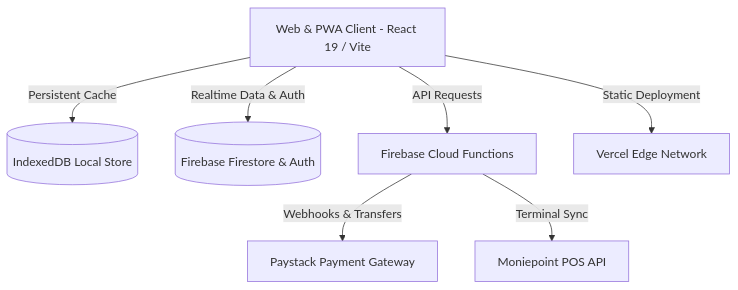
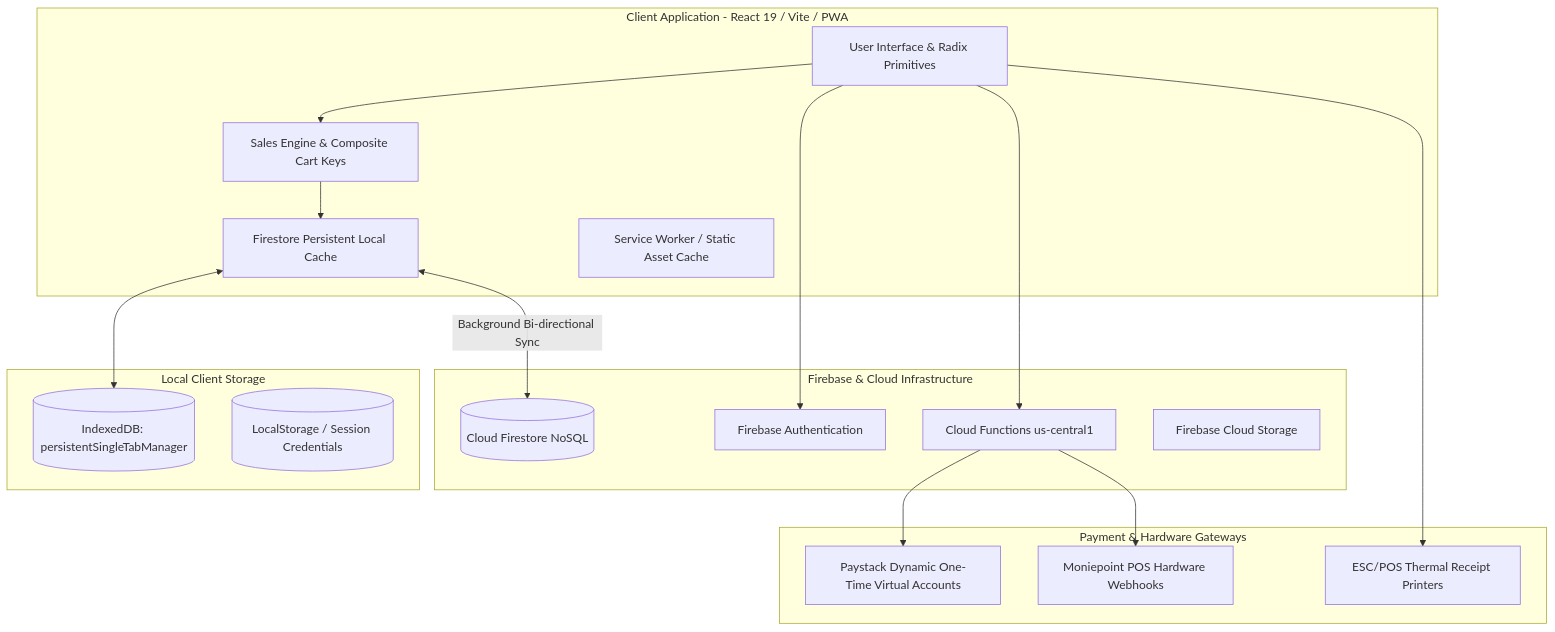
Before and after one commit to Icedmist/nexafinal: the diagram in README.md, drawn with Mermaid. The commit also changed other lines of this file, not shown here.

Commit message:
docs: expand README with deep feature subsystems and technical architecture documentation

````diff
--- a/README.md
+++ b/README.md
@@ -41,9 +40,37 @@
 ```mermaid
-graph TD
-    Client[Web & PWA Client - React 19 / Vite] -->|Persistent Cache| IDB[(IndexedDB Local Store)]
-    Client -->|Realtime Data & Auth| Firebase[(Firebase Firestore & Auth)]
-    Client -->|API Requests| CloudFunc[Firebase Cloud Functions]
-    CloudFunc -->|Webhooks & Transfers| Paystack[Paystack Payment Gateway]
-    CloudFunc -->|Terminal Sync| Moniepoint[Moniepoint POS API]
-    Client -->|Static Deployment| Vercel[Vercel Edge Network]
+flowchart TD
+    subgraph Client [Client Application - React 19 / Vite / PWA]
+        UI[User Interface & Radix Primitives]
+        Cart[Sales Engine & Composite Cart Keys]
+        CacheManager[Firestore Persistent Local Cache]
+        SW[Service Worker / Static Asset Cache]
+    end
+
+    subgraph Storage [Local Client Storage]
+        IDB[(IndexedDB: persistentSingleTabManager)]
+        LS[(LocalStorage / Session Credentials)]
+    end
+
+    subgraph Cloud [Firebase & Cloud Infrastructure]
+        Auth[Firebase Authentication]
+        Firestore[(Cloud Firestore NoSQL)]
+        Functions[Cloud Functions us-central1]
+        StorageBucket[Firebase Cloud Storage]
+    end
+
+    subgraph Gateways [Payment & Hardware Gateways]
+        Paystack[Paystack Dynamic One-Time Virtual Accounts]
+        Moniepoint[Moniepoint POS Hardware Webhooks]
+        ThermalPrinter[ESC/POS Thermal Receipt Printers]
+    end
+
+    UI --> Cart
+    Cart --> CacheManager
+    CacheManager <--> IDB
+    CacheManager <-->|Background Bi-directional Sync| Firestore
+    UI --> Auth
+    UI --> Functions
+    Functions --> Paystack
+    Functions --> Moniepoint
+    UI --> ThermalPrinter
 ```
````
